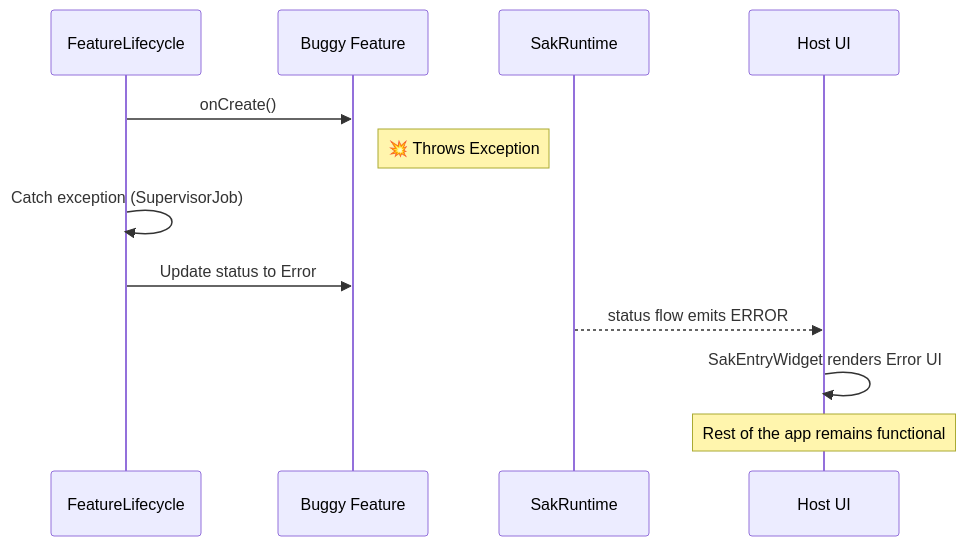
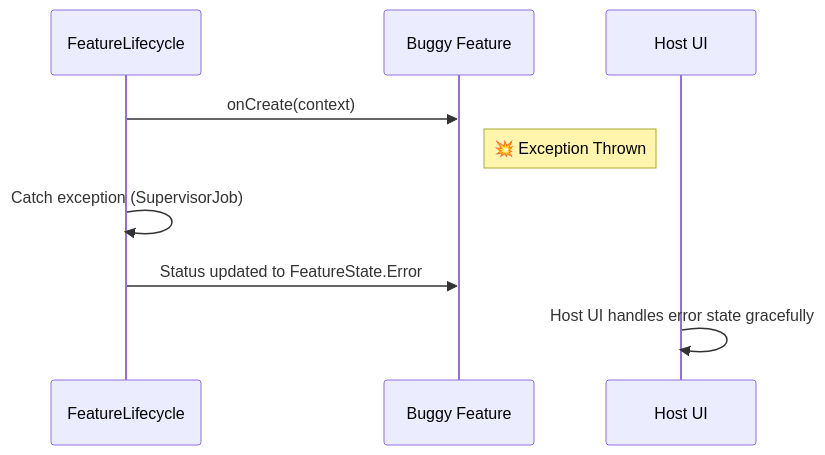
One commit to san-sk/sak changed the fourth of 4 diagrams in docs/FLOWS.md. Above: the diagram before and after it, drawn with Mermaid. The commit also changed other lines of this file and 104 other files, not shown here.

Commit message:
refactor: restructure SAK project - SDK contracts, runtime engine, harness hosts, sample features

````diff
--- a/docs/FLOWS.md
+++ b/docs/FLOWS.md
@@ -94,16 +88,12 @@
 ```mermaid
 sequenceDiagram
     participant Lifecycle as FeatureLifecycle
     participant BuggyFeature as Buggy Feature
-    participant Runtime as SakRuntime
     participant Host as Host UI
 
-    Lifecycle->>BuggyFeature: onCreate()
-    Note right of BuggyFeature: 💥 Throws Exception
+    Lifecycle->>BuggyFeature: onCreate(context)
+    Note right of BuggyFeature: 💥 Exception Thrown
     Lifecycle->>Lifecycle: Catch exception (SupervisorJob)
-    Lifecycle->>BuggyFeature: Update status to Error
-    
-    Runtime-->>Host: status flow emits ERROR
-    Host->>Host: SakEntryWidget renders Error UI
-    Note over Host: Rest of the app remains functional
+    Lifecycle->>BuggyFeature: Status updated to FeatureState.Error
+    Host->>Host: Host UI handles error state gracefully
 ```
````
